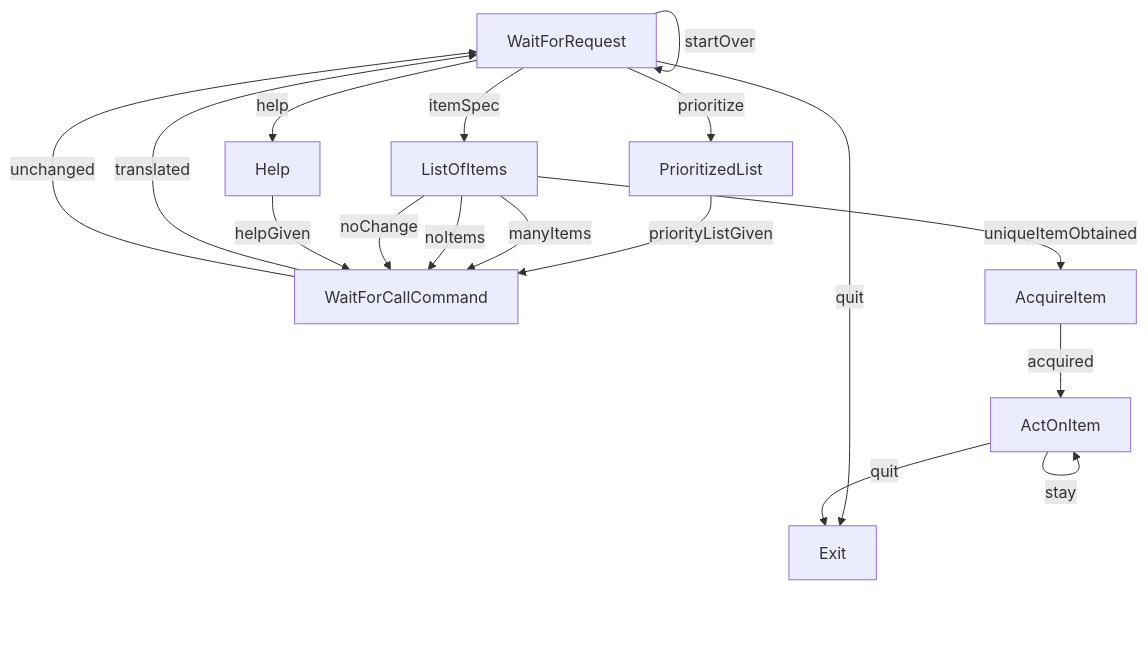
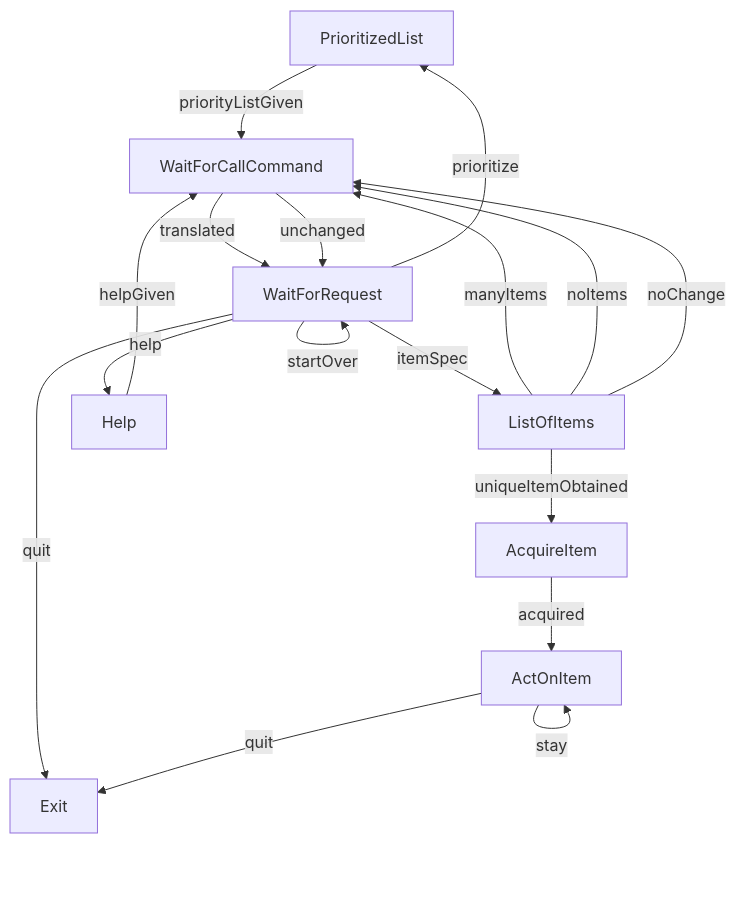
The first of 2 diagrams in README.md (antononcube/Raku-DSL-FiniteStateMachines), drawn with Mermaid before and after one commit. The commit also changed other lines of this file and 1 other file, not shown here.

````diff
--- a/README.md
+++ b/README.md
@@ -64,20 +64,20 @@
 ```mermaid
 graph TD
+	PrioritizedList --> |priorityListGiven|WaitForCallCommand
+	ListOfItems --> |manyItems|WaitForCallCommand
+	ListOfItems --> |noItems|WaitForCallCommand
+	ListOfItems --> |noChange|WaitForCallCommand
+	ListOfItems --> |uniqueItemObtained|AcquireItem
+	
 	WaitForRequest --> |itemSpec|ListOfItems
 	WaitForRequest --> |startOver|WaitForRequest
 	WaitForRequest --> |prioritize|PrioritizedList
 	WaitForRequest --> |help|Help
 	WaitForRequest --> |quit|Exit
-	
+	WaitForCallCommand --> |translated|WaitForRequest
+	WaitForCallCommand --> |unchanged|WaitForRequest
 	ActOnItem --> |stay|ActOnItem
 	ActOnItem --> |quit|Exit
-	PrioritizedList --> |priorityListGiven|WaitForCallCommand
-	ListOfItems --> |manyItems|WaitForCallCommand
-	ListOfItems --> |noItems|WaitForCallCommand
-	ListOfItems --> |noChange|WaitForCallCommand
-	ListOfItems --> |uniqueItemObtained|AcquireItem
+	Help --> |helpGiven|WaitForCallCommand
 	AcquireItem --> |acquired|ActOnItem
-	WaitForCallCommand --> |translated|WaitForRequest
-	WaitForCallCommand --> |unchanged|WaitForRequest
-	Help --> |helpGiven|WaitForCallCommand
 ```
````
